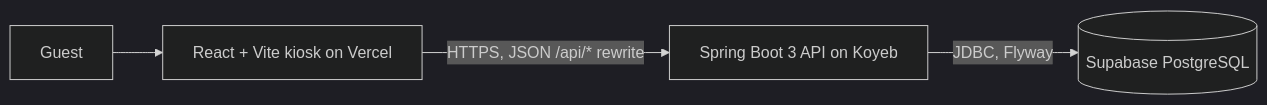
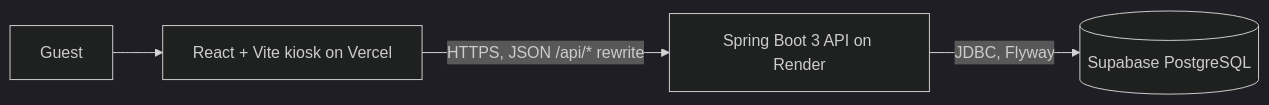
The first of 2 diagrams in README.md (AivaN-Bash/Hotel_Checkin), drawn with Mermaid (dark theme) before and after one commit. The commit also changed other lines of this file, not shown here.

````diff
--- a/README.md
+++ b/README.md
@@ -11,6 +11,6 @@
 ```mermaid
 flowchart LR
   Guest[Guest] --> Web[React + Vite kiosk on Vercel]
-  Web -->|HTTPS, JSON /api/* rewrite| API[Spring Boot 3 API on Koyeb]
+  Web -->|HTTPS, JSON /api/* rewrite| API[Spring Boot 3 API on Render]
   API -->|JDBC, Flyway| DB[(Supabase PostgreSQL)]
 ```
````
